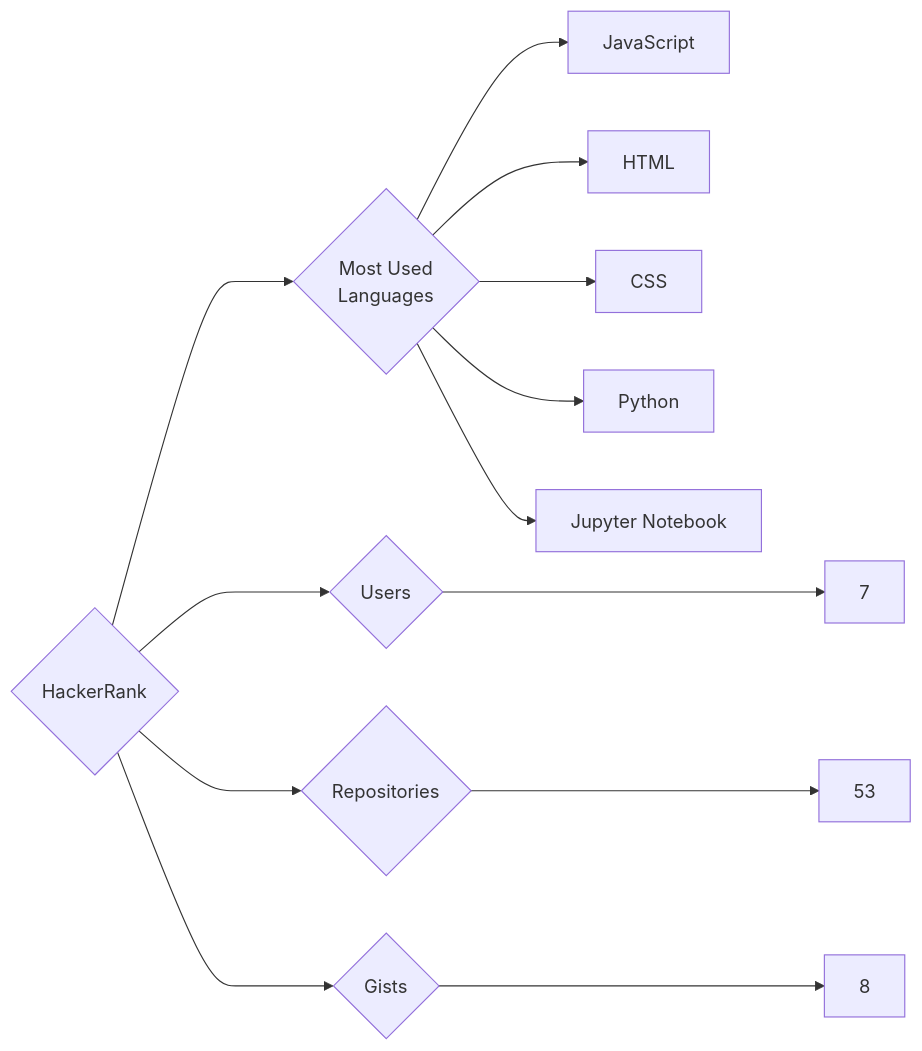
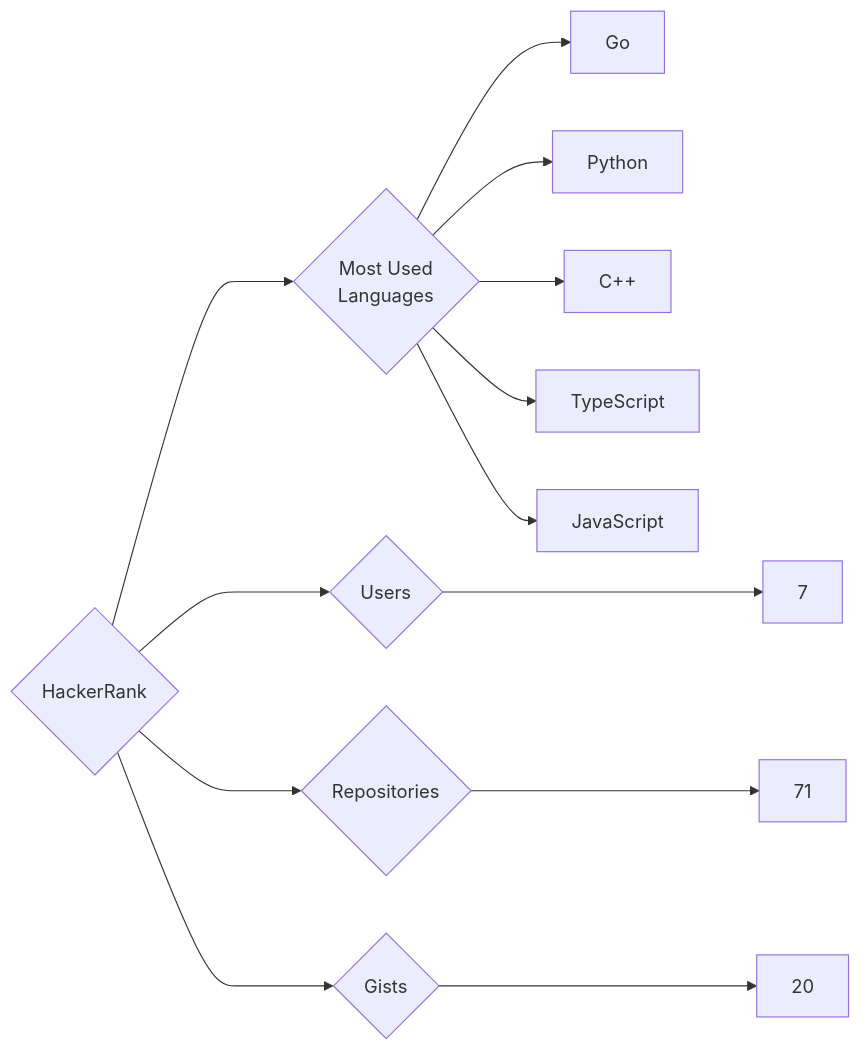
The diagram in targets/HackerRank/README.md (trickest/insiders), drawn with Mermaid before and after one commit. The commit also changed 859 other files, not shown here.

````diff
--- a/targets/HackerRank/README.md
+++ b/targets/HackerRank/README.md
@@ -3,13 +3,13 @@
 ```mermaid
 graph LR
 COMPANY_NAME{HackerRank}
 COMPANY_NAME ---> U{Users} ---> UN[7]
-COMPANY_NAME ---> R{Repositories} ---> RN[53]
-COMPANY_NAME ---> G{Gists} ---> GN[8]
+COMPANY_NAME ---> R{Repositories} ---> RN[71]
+COMPANY_NAME ---> G{Gists} ---> GN[20]
 COMPANY_NAME ---> ML{Most Used<br>Languages}
+ML --> Go[Go]
+ML --> Python[Python]
+ML --> C++[C++]
+ML --> TypeScript[TypeScript]
 ML --> JavaScript[JavaScript]
-ML --> HTML[HTML]
-ML --> CSS[CSS]
-ML --> Python[Python]
-ML --> Jupyter_Notebook[Jupyter Notebook]
 ```
````
